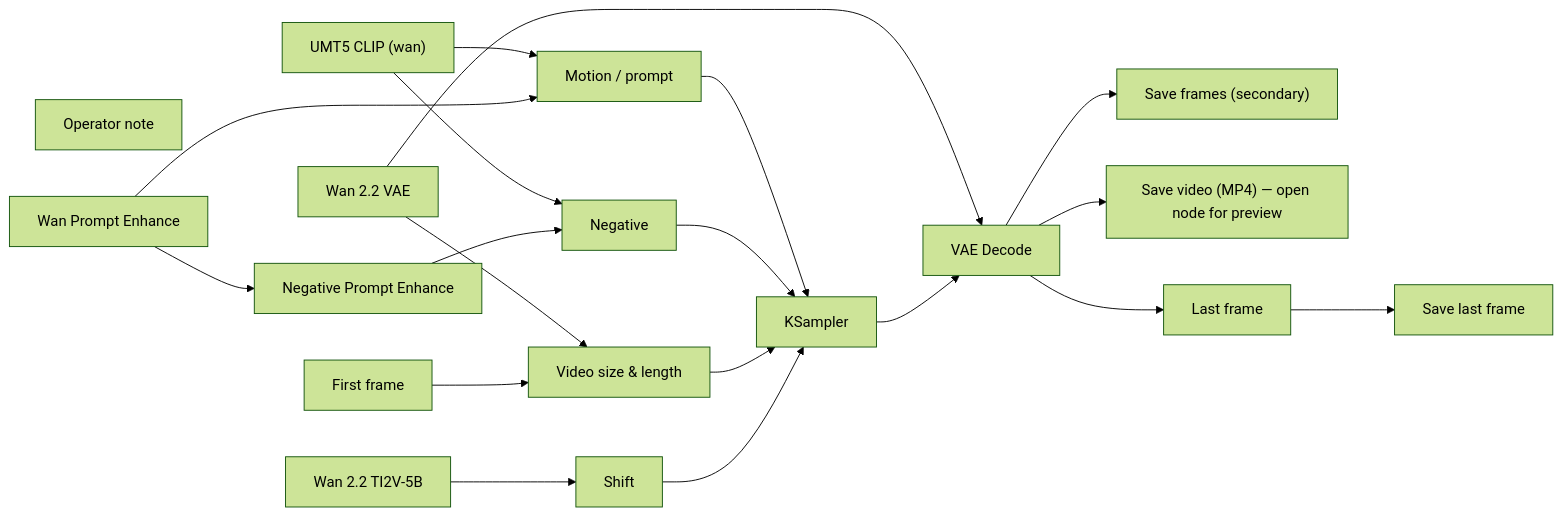
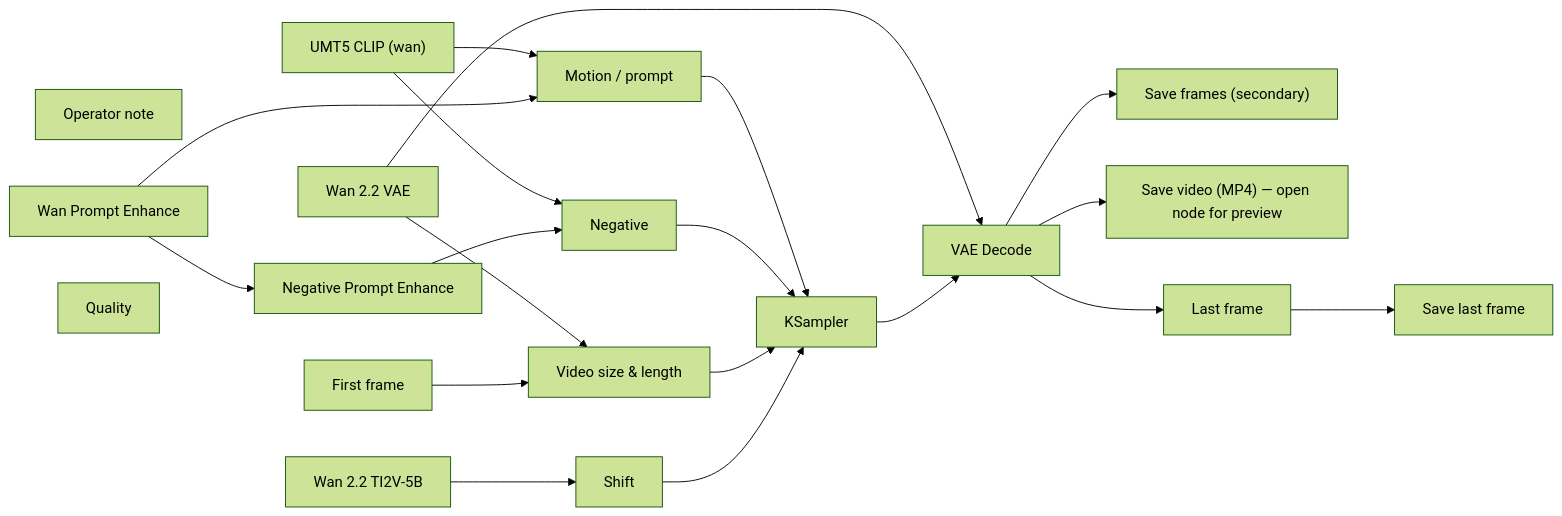
One commit to toxicoder/ez-comfy-stack changed the diagram in docs/generated/workflows/wan/i2v-shot.md. Above: the diagram before and after it, drawn with Mermaid (forest theme). The commit also changed other lines of this file and 644 other files, not shown here.

````diff
--- a/docs/generated/workflows/wan/i2v-shot.md
+++ b/docs/generated/workflows/wan/i2v-shot.md
@@ -66,38 +66,39 @@
 ```mermaid
 flowchart LR
   N1["Wan 2.2 TI2V-5B"]
   N2["UMT5 CLIP (wan)"]
   N3["Wan 2.2 VAE"]
   N4["First frame"]
   N6["Motion / prompt"]
   N7["Negative"]
   N8["Video size & length"]
   N9["Shift"]
   N10["KSampler"]
   N11["VAE Decode"]
   N12["Save frames (secondary)"]
   N13["Save video (MP4) — open node for preview"]
   N14["Operator note"]
   N15["Last frame"]
   N16["Save last frame"]
   N17["Wan Prompt Enhance"]
   N18["Negative Prompt Enhance"]
+  N19["Quality"]
   N1 --> N9
   N2 --> N6
   N2 --> N7
   N3 --> N8
   N3 --> N11
   N4 --> N8
   N6 --> N10
   N7 --> N10
   N8 --> N10
   N9 --> N10
   N10 --> N11
   N11 --> N12
   N11 --> N13
   N11 --> N15
   N15 --> N16
   N17 --> N6
   N17 --> N18
   N18 --> N7
 ```
````
